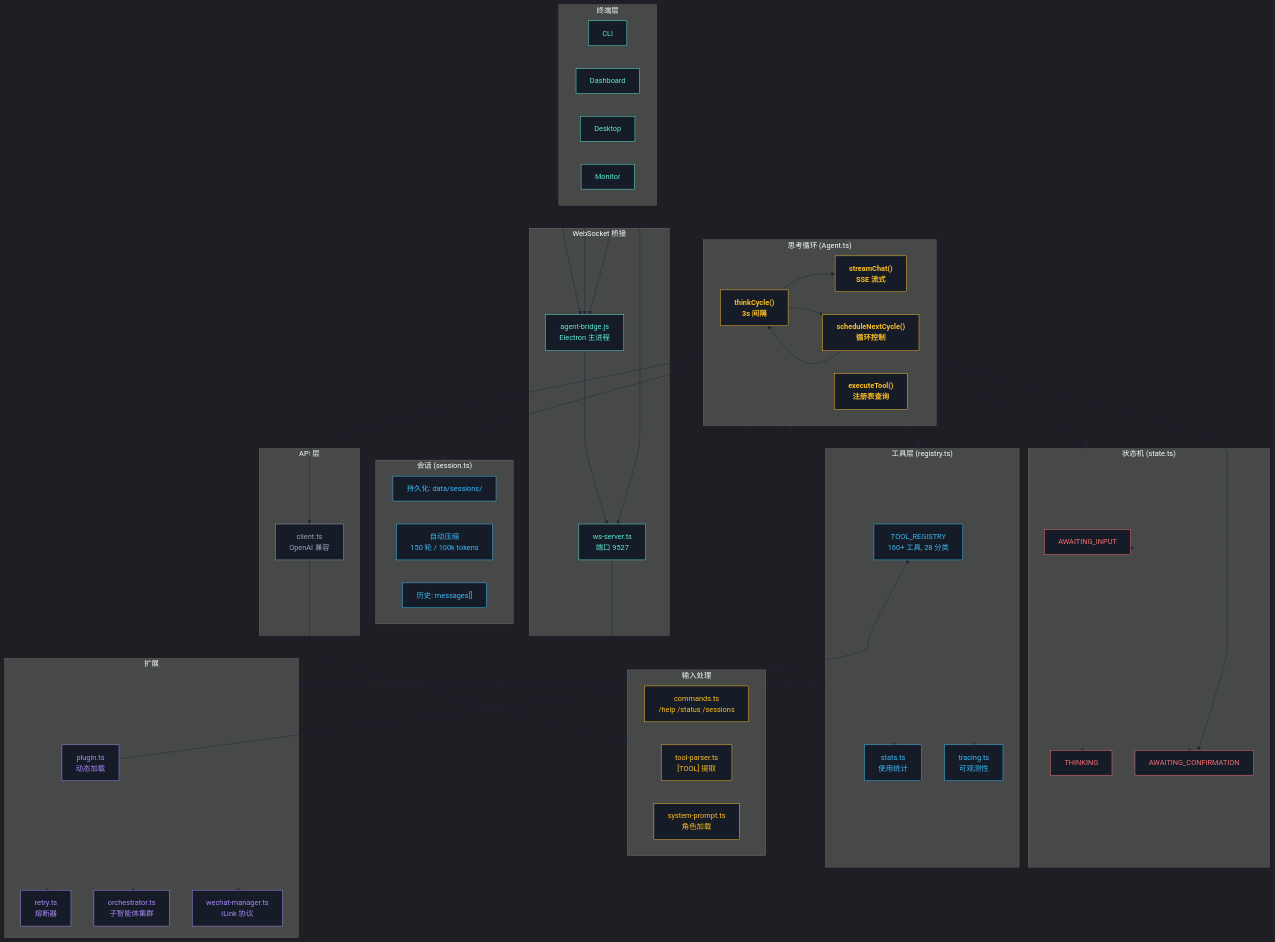
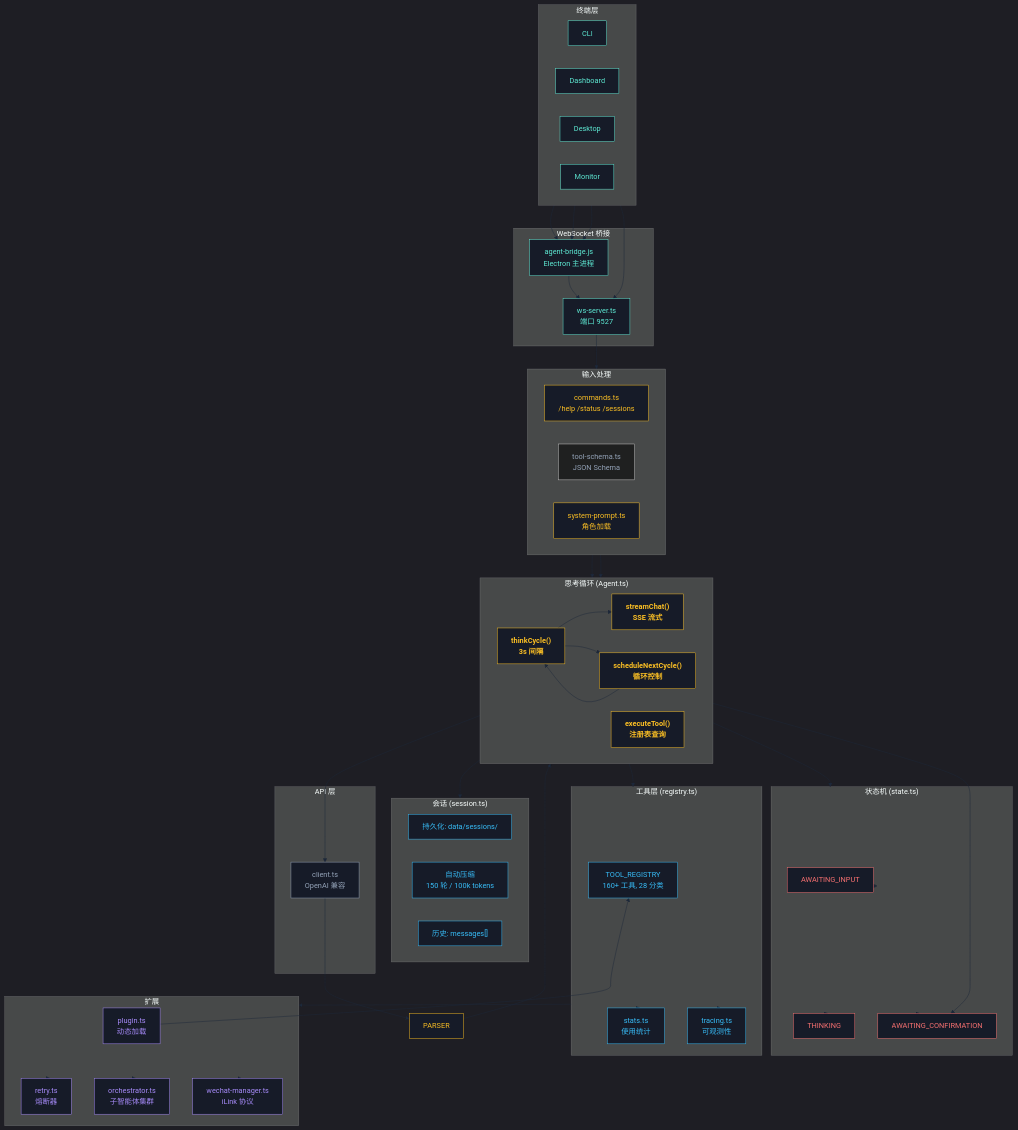
The second of 3 diagrams in README.zh.md (1486853830/CogitoAgent), drawn with Mermaid before and after one commit. The commit also changed other lines of this file and 39 other files, not shown here.

```diff
--- a/README.zh.md
+++ b/README.zh.md
@@ -204,7 +204,7 @@
     subgraph INPUT["输入处理"]
         direction LR
         CMDS["commands.ts<br/>/help /status /sessions"]
-        PARSER["tool-parser.ts<br/>[TOOL] 提取"]
+        SCHEMA["tool-schema.ts<br/>JSON Schema"]
         PROMPT["system-prompt.ts<br/>角色加载"]
     end
 
```
